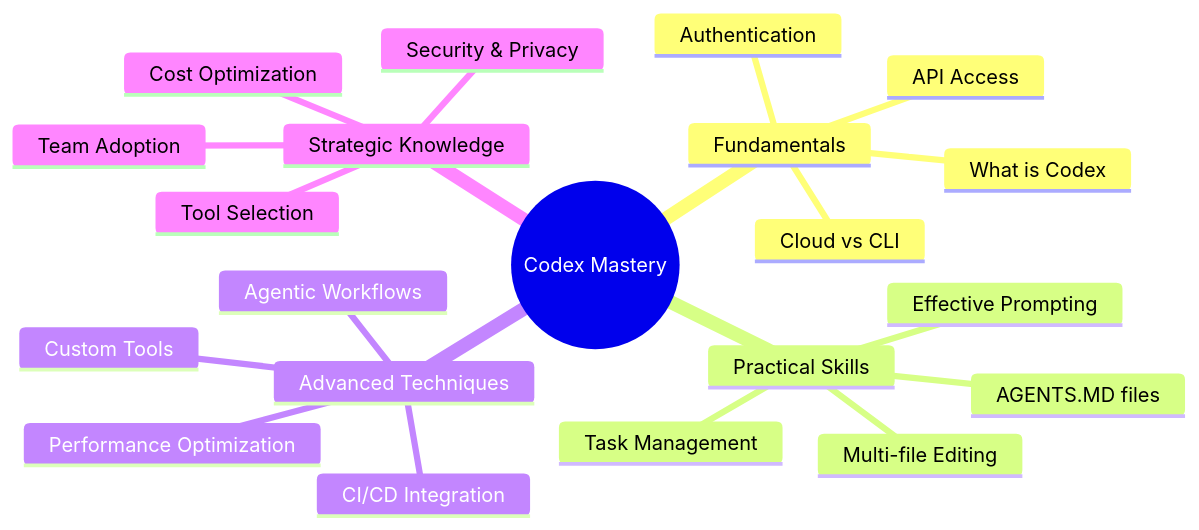
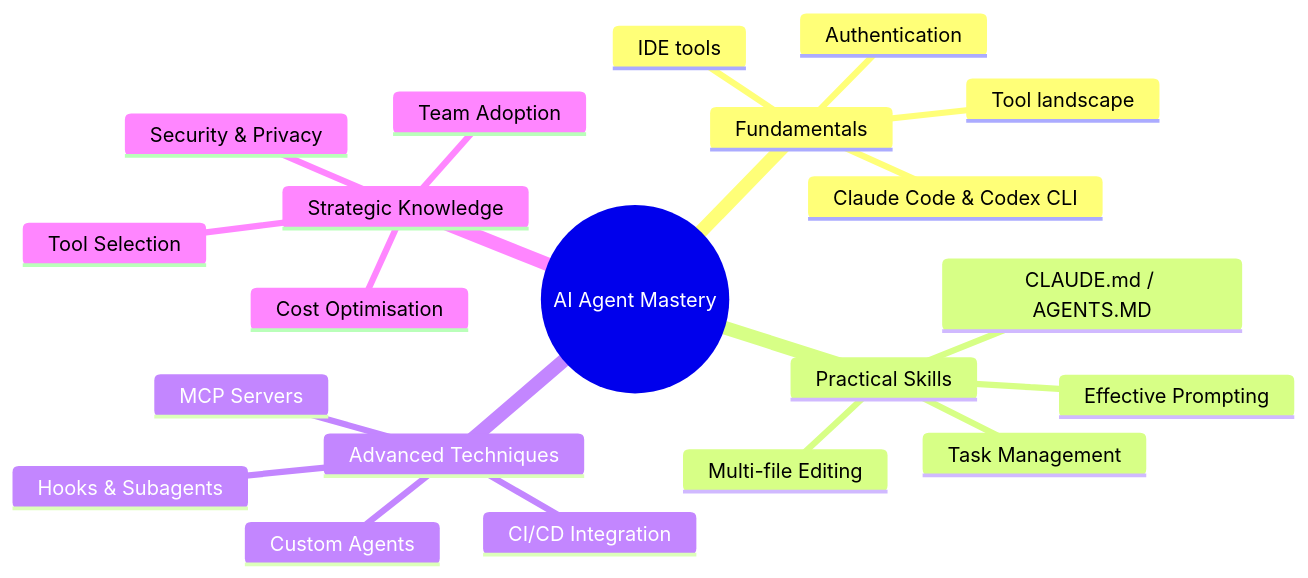
The fourth of 5 diagrams in public/data/workshops/workshop-06-codex/00_introduction.md (DreamLab-AI/dreamlab-ai-website), drawn with Mermaid before and after one commit. The commit also changed other lines of this file and 111 other files, not shown here.

First line of the commit message:
feat(workshops): comprehensive 2026 update + Docker & Claude Code deep dives

````diff
--- a/public/data/workshops/workshop-06-codex/00_introduction.md
+++ b/public/data/workshops/workshop-06-codex/00_introduction.md
@@ -186,24 +199,24 @@
 ```mermaid
 mindmap
-  root((Codex Mastery))
+  root((AI Agent Mastery))
     Fundamentals
-      What is Codex
-      Cloud vs CLI
-      API Access
+      Tool landscape
+      Claude Code & Codex CLI
+      IDE tools
       Authentication
     Practical Skills
       Effective Prompting
-      AGENTS.MD files
+      CLAUDE.md / AGENTS.MD
       Task Management
       Multi-file Editing
     Advanced Techniques
-      Agentic Workflows
-      Custom Tools
+      MCP Servers
+      Hooks & Subagents
       CI/CD Integration
-      Performance Optimization
+      Custom Agents
     Strategic Knowledge
       Tool Selection
-      Cost Optimization
+      Cost Optimisation
       Security & Privacy
       Team Adoption
 ```
````
